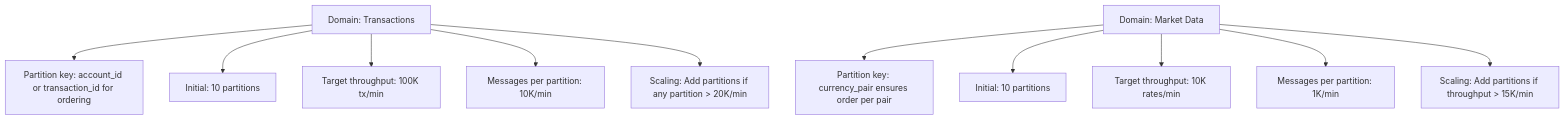
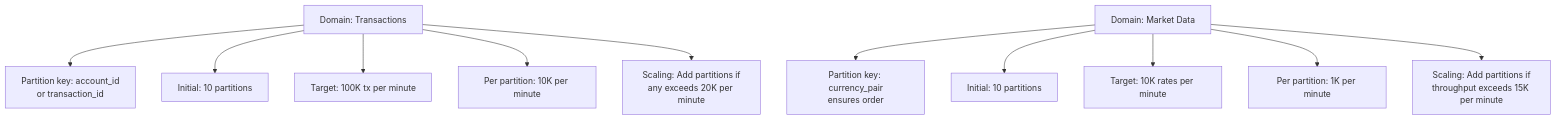
One commit to naren-chakraview/chakraview-fintech-data-mesh changed the first of 3 diagrams in docs/production/scaling.md. Above: the diagram before and after it, drawn with Mermaid. The commit also changed 21 other files, not shown here.

First line of the commit message:
Fix mermaid diagram rendering issues in fintech data mesh documentation

````diff
--- a/docs/production/scaling.md
+++ b/docs/production/scaling.md
@@ -13,16 +13,16 @@
 ```mermaid
 graph TD
     A["Domain: Transactions"]
-    A --> A1["Partition key: account_id or transaction_id for ordering"]
+    A --> A1["Partition key: account_id<br/>or transaction_id"]
     A --> A2["Initial: 10 partitions"]
-    A --> A3["Target throughput: 100K tx/min"]
-    A --> A4["Messages per partition: 10K/min"]
-    A --> A5["Scaling: Add partitions if any partition > 20K/min"]
+    A --> A3["Target: 100K tx per minute"]
+    A --> A4["Per partition: 10K per minute"]
+    A --> A5["Scaling: Add partitions if<br/>any exceeds 20K per minute"]
     
     B["Domain: Market Data"]
-    B --> B1["Partition key: currency_pair ensures order per pair"]
+    B --> B1["Partition key: currency_pair<br/>ensures order"]
     B --> B2["Initial: 10 partitions"]
-    B --> B3["Target throughput: 10K rates/min"]
-    B --> B4["Messages per partition: 1K/min"]
-    B --> B5["Scaling: Add partitions if throughput > 15K/min"]
+    B --> B3["Target: 10K rates per minute"]
+    B --> B4["Per partition: 1K per minute"]
+    B --> B5["Scaling: Add partitions if<br/>throughput exceeds 15K per minute"]
 ```
````
